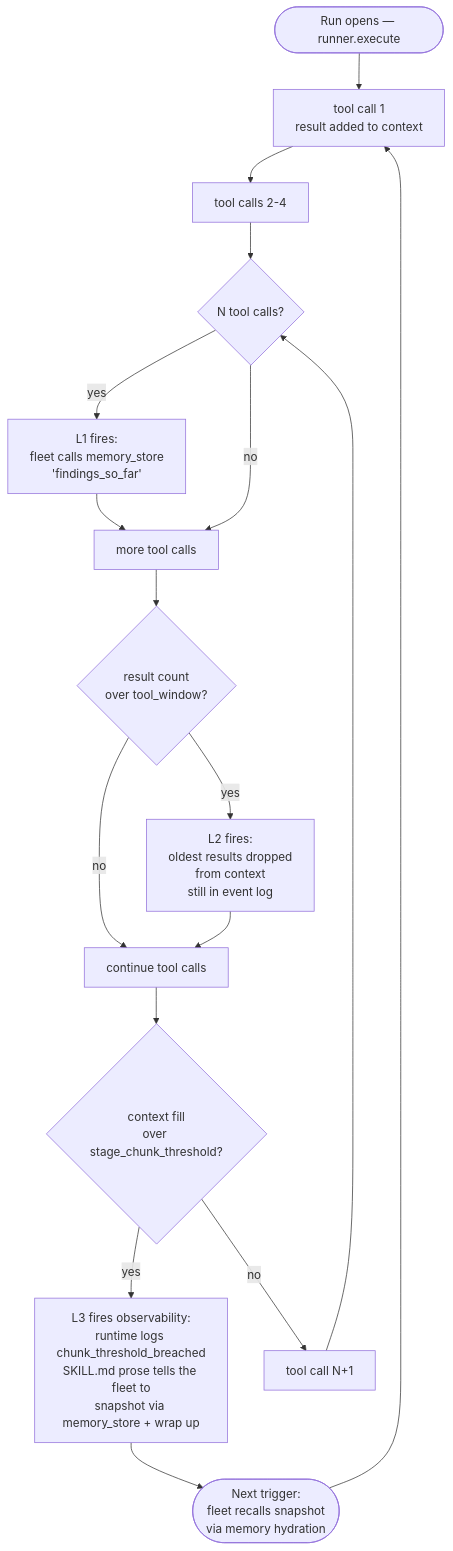
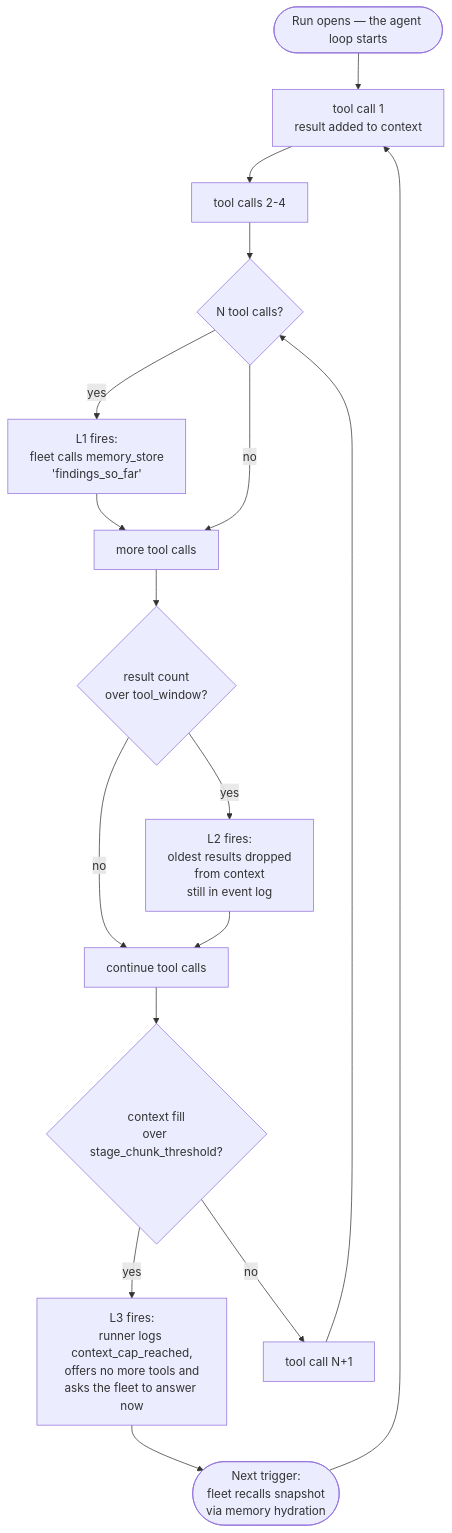
One commit to agentsfleet/agentsfleet changed the diagram in docs/architecture/capabilities.md. Above: the diagram before and after it, drawn with Mermaid. The commit also changed other lines of this file and 60 other files, not shown here.

First line of the commit message:
docs(architecture): describe the Rust runner as current; point ui comments at Rust

````diff
--- a/docs/architecture/capabilities.md
+++ b/docs/architecture/capabilities.md
@@ -140,19 +140,19 @@
 ```mermaid
 flowchart TD
-    Start([Run opens — runner.execute]) --> Tool1[tool call 1<br/>result added to context]
+    Start([Run opens — the agent loop starts]) --> Tool1[tool call 1<br/>result added to context]
     Tool1 --> Tool2[tool calls 2-4]
     Tool2 --> L1{N tool calls?}
     L1 -->|yes| Checkpoint[L1 fires:<br/>fleet calls memory_store<br/>'findings_so_far']
     Checkpoint --> Tool3[more tool calls]
     L1 -->|no| Tool3
     Tool3 --> L2{result count<br/>over tool_window?}
     L2 -->|yes| Drop[L2 fires:<br/>oldest results dropped<br/>from context<br/>still in event log]
     L2 -->|no| Fill
     Drop --> Fill[continue tool calls]
     Fill --> L3{context fill<br/>over stage_chunk_threshold?}
-    L3 -->|yes| Chunk[L3 fires observability:<br/>runtime logs chunk_threshold_breached<br/>SKILL.md prose tells the fleet to<br/>snapshot via memory_store + wrap up]
+    L3 -->|yes| Chunk[L3 fires:<br/>runner logs context_cap_reached,<br/>offers no more tools and<br/>asks the fleet to answer now]
     L3 -->|no| Tool4[tool call N+1]
     Tool4 --> L1
     Chunk --> NextStage([Next trigger:<br/>fleet recalls snapshot<br/>via memory hydration])
     NextStage --> Tool1
 ```
````
